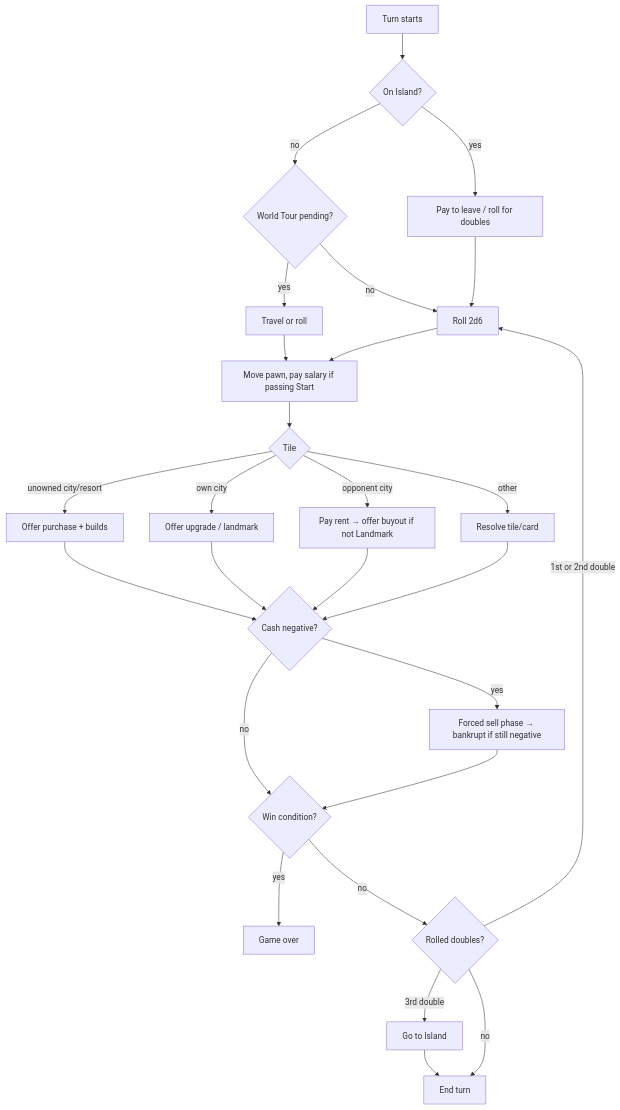
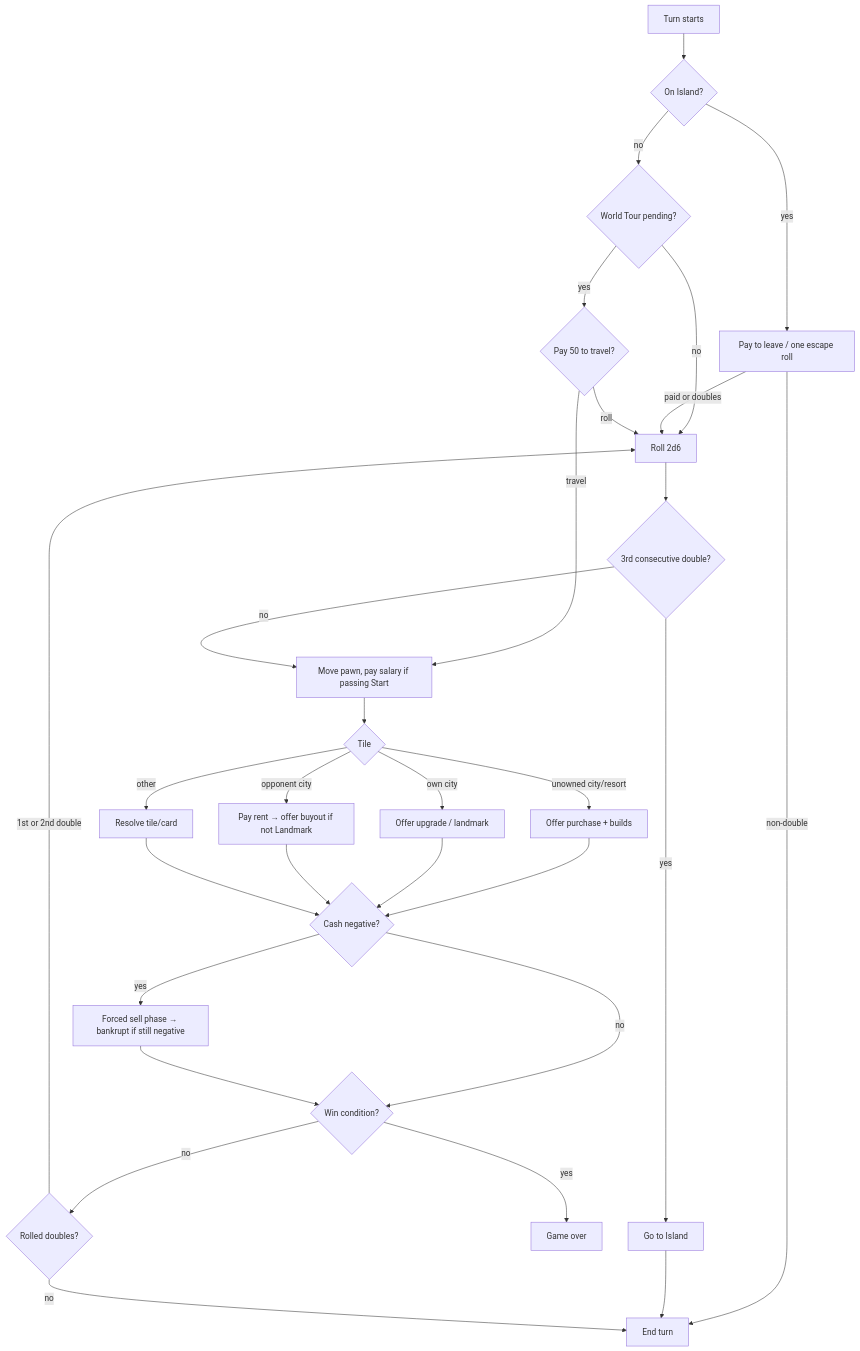
Before and after one commit to Rusutsu-Studios/Polytour: the diagram in docs/GAME_DESIGN.md, drawn with Mermaid. The commit also changed other lines of this file, not shown here.

````diff
--- a/docs/GAME_DESIGN.md
+++ b/docs/GAME_DESIGN.md
@@ -74,25 +153,28 @@
 ```mermaid
 flowchart TD
   S[Turn starts] --> I{On Island?}
-  I -- yes --> IE[Pay to leave / roll for doubles]
+  I -- yes --> IE[Pay to leave / one escape roll]
   I -- no --> WT{World Tour pending?}
-  WT -- yes --> TR[Travel or roll]
+  WT -- yes --> TR{Pay 50 to travel?}
   WT -- no --> R[Roll 2d6]
-  IE --> R
-  TR --> M
-  R --> M[Move pawn, pay salary if passing Start]
+  IE -->|paid or doubles| R
+  IE -->|non-double| E
+  TR -- travel --> M
+  TR -- roll --> R
+  R --> TD{3rd consecutive double?}
+  TD -- yes --> ISL[Go to Island] --> E
+  TD -- no --> M[Move pawn, pay salary if passing Start]
   M --> T{Tile}
   T -- unowned city/resort --> B[Offer purchase + builds]
   T -- own city --> U[Offer upgrade / landmark]
   T -- opponent city --> P[Pay rent → offer buyout if not Landmark]
   T -- other --> X[Resolve tile/card]
   B & U & P & X --> D{Cash negative?}
   D -- yes --> SELL[Forced sell phase → bankrupt if still negative]
   D -- no --> W{Win condition?}
   SELL --> W
   W -- yes --> END[Game over]
   W -- no --> DB{Rolled doubles?}
   DB -- 1st or 2nd double --> R
-  DB -- 3rd double --> ISL[Go to Island] --> E
   DB -- no --> E[End turn]
 ```
````
